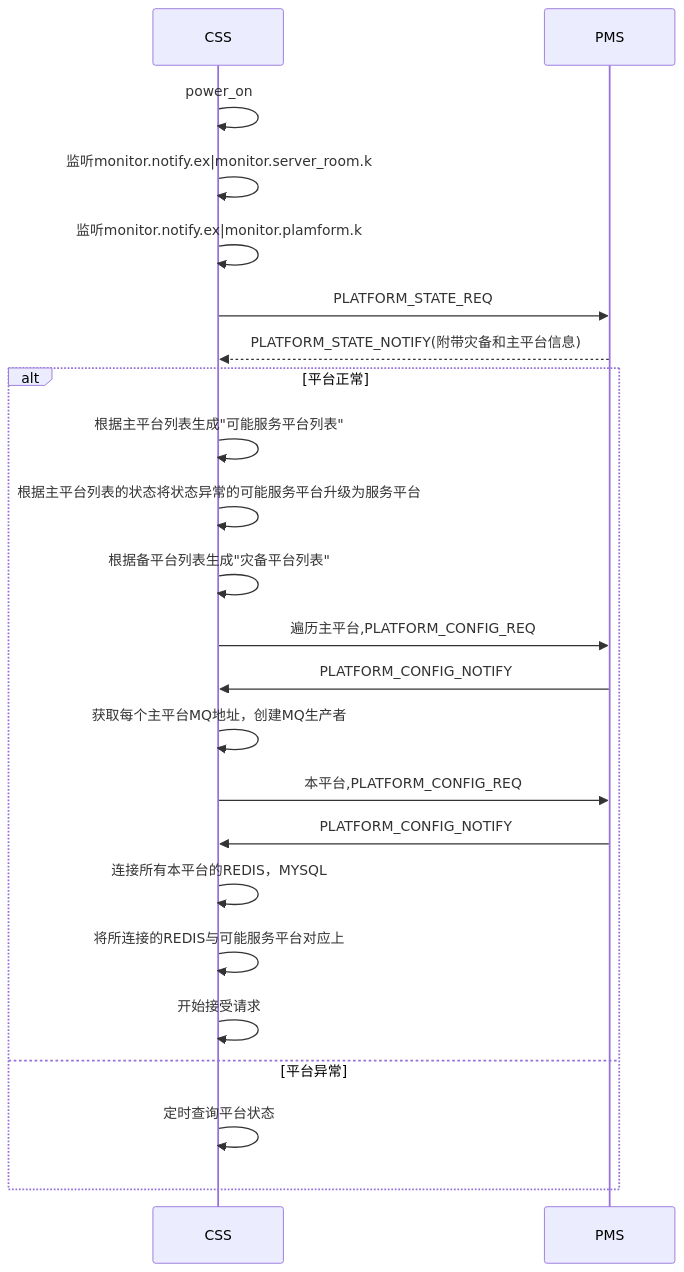
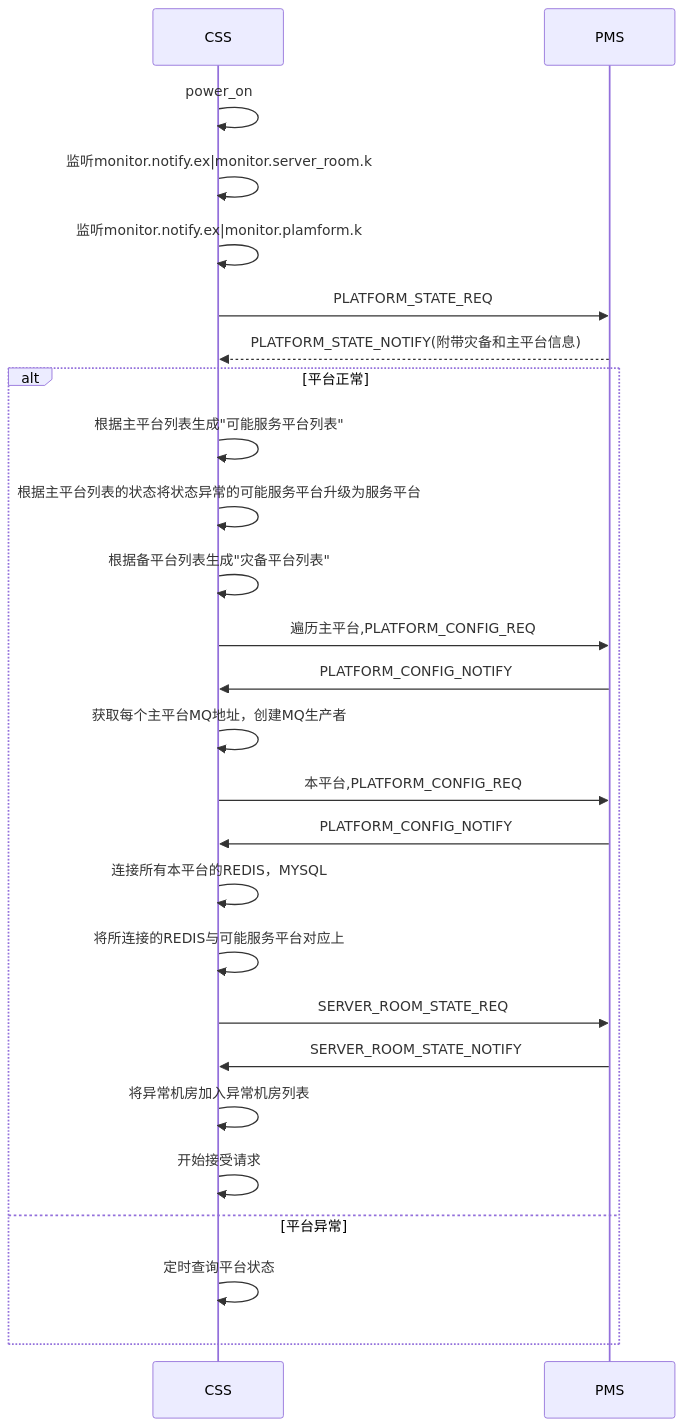
The fourth of 10 diagrams in x需求_/5.1sp4css/5.1sp4css概要设计.md (github188/w_doc), drawn with Mermaid before and after one commit. The commit also changed other lines of this file and 2 other files, not shown here.

````diff
--- a/x需求_/5.1sp4css/5.1sp4css概要设计.md
+++ b/x需求_/5.1sp4css/5.1sp4css概要设计.md
@@ -203,23 +203,26 @@
 ```mermaid
 sequenceDiagram
 CSS->>CSS: power_on
 CSS->>CSS: 监听monitor.notify.ex|monitor.server_room.k
 CSS->>CSS: 监听monitor.notify.ex|monitor.plamform.k
 CSS->>PMS: PLATFORM_STATE_REQ
 PMS-->>CSS: PLATFORM_STATE_NOTIFY(附带灾备和主平台信息)
 ALT 平台正常
 	CSS->>CSS: 根据主平台列表生成"可能服务平台列表"
 	CSS->>CSS: 根据主平台列表的状态将状态异常的可能服务平台升级为服务平台
 	CSS->>CSS: 根据备平台列表生成"灾备平台列表"
 	CSS->>PMS: 遍历主平台,PLATFORM_CONFIG_REQ
 	PMS->>CSS: PLATFORM_CONFIG_NOTIFY
 	CSS->>CSS: 获取每个主平台MQ地址，创建MQ生产者
 	CSS->>PMS: 本平台,PLATFORM_CONFIG_REQ
 	PMS->>CSS: PLATFORM_CONFIG_NOTIFY
 	CSS->>CSS: 连接所有本平台的REDIS，MYSQL
 	CSS->>CSS: 将所连接的REDIS与可能服务平台对应上
+	CSS->>PMS: SERVER_ROOM_STATE_REQ
+	PMS->>CSS: SERVER_ROOM_STATE_NOTIFY
+	CSS->>CSS: 将异常机房加入异常机房列表
 	CSS->>CSS: 开始接受请求
 ELSE 平台异常
 	CSS->>CSS: 定时查询平台状态
 end
 ```
````
